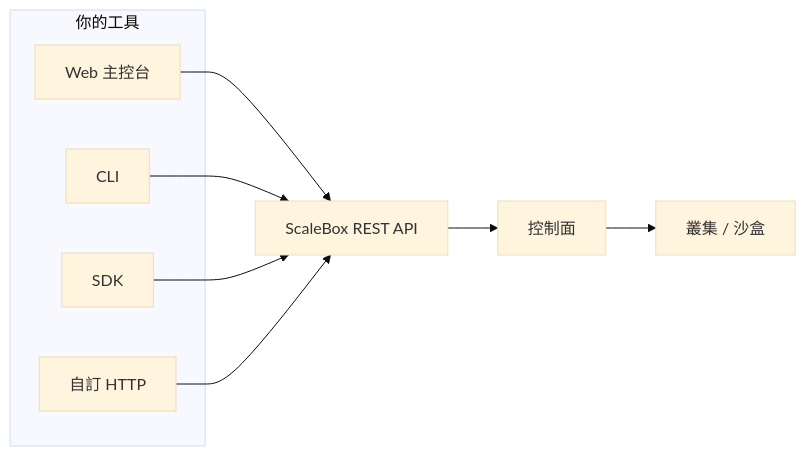
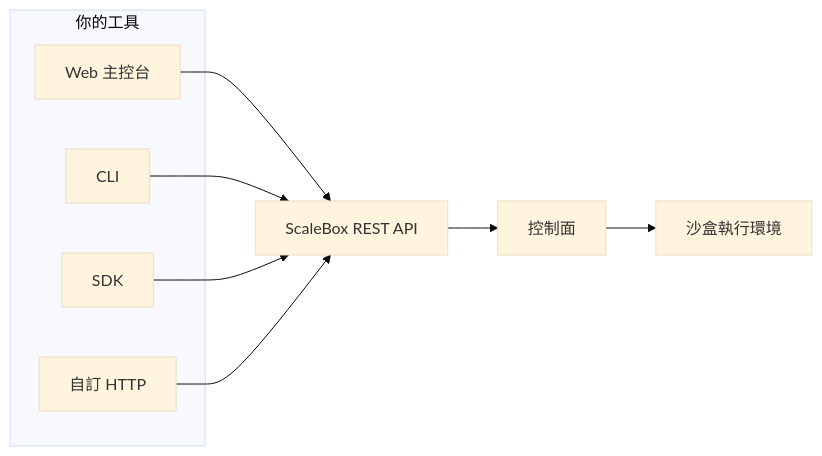
Before and after one commit to scalebox-dev/scalebox-docs: the diagram in content/zh-tw/guides/architecture-overview.mdx, drawn with Mermaid (base theme). The commit also changed other lines of this file and 2 other files, not shown here.

First line of the commit message:
docs(guides): de-emphasize Kubernetes in platform architecture

````diff
--- a/content/zh-tw/guides/architecture-overview.mdx
+++ b/content/zh-tw/guides/architecture-overview.mdx
@@ -54,18 +54,18 @@
 ```mermaid
 flowchart LR
   subgraph clients [你的工具]
     Console[Web 主控台]
     CLI[CLI]
     SDK[SDK]
     Raw[自訂 HTTP]
   end
   API[ScaleBox REST API]
   CP[控制面]
-  K8s[叢集 / 沙盒]
+  RT[沙盒執行環境]
   Console --> API
   CLI --> API
   SDK --> API
   Raw --> API
   API --> CP
-  CP --> K8s
+  CP --> RT
 ```
````
